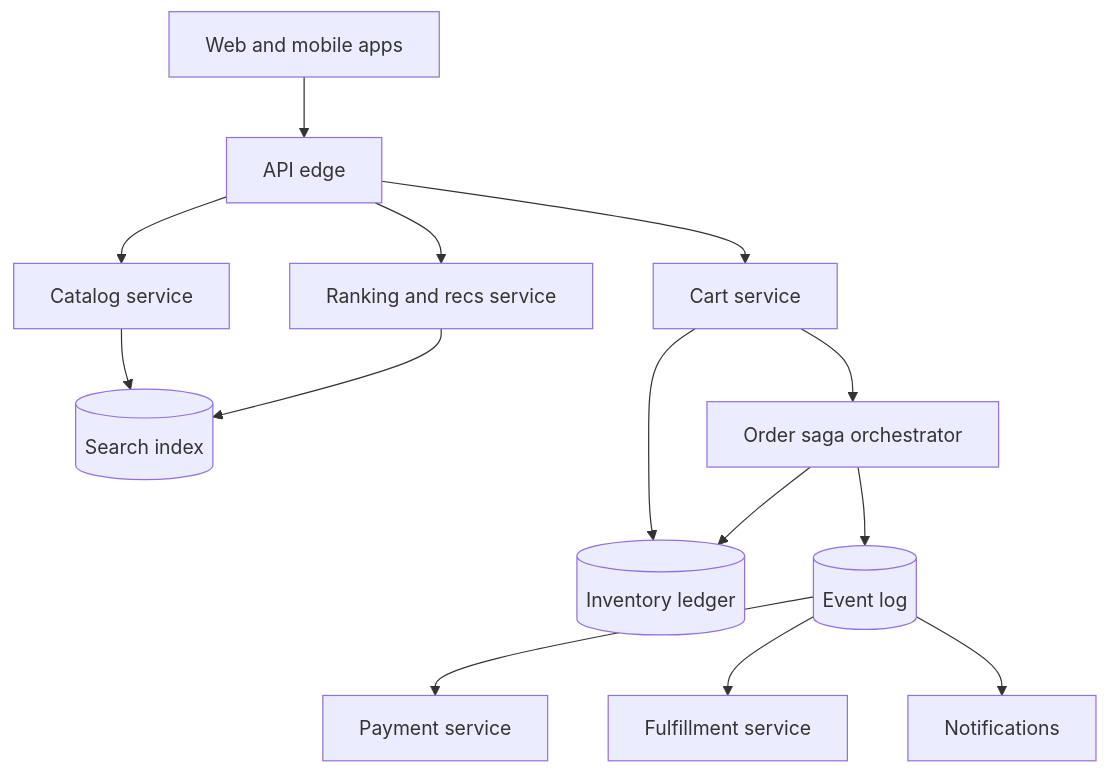
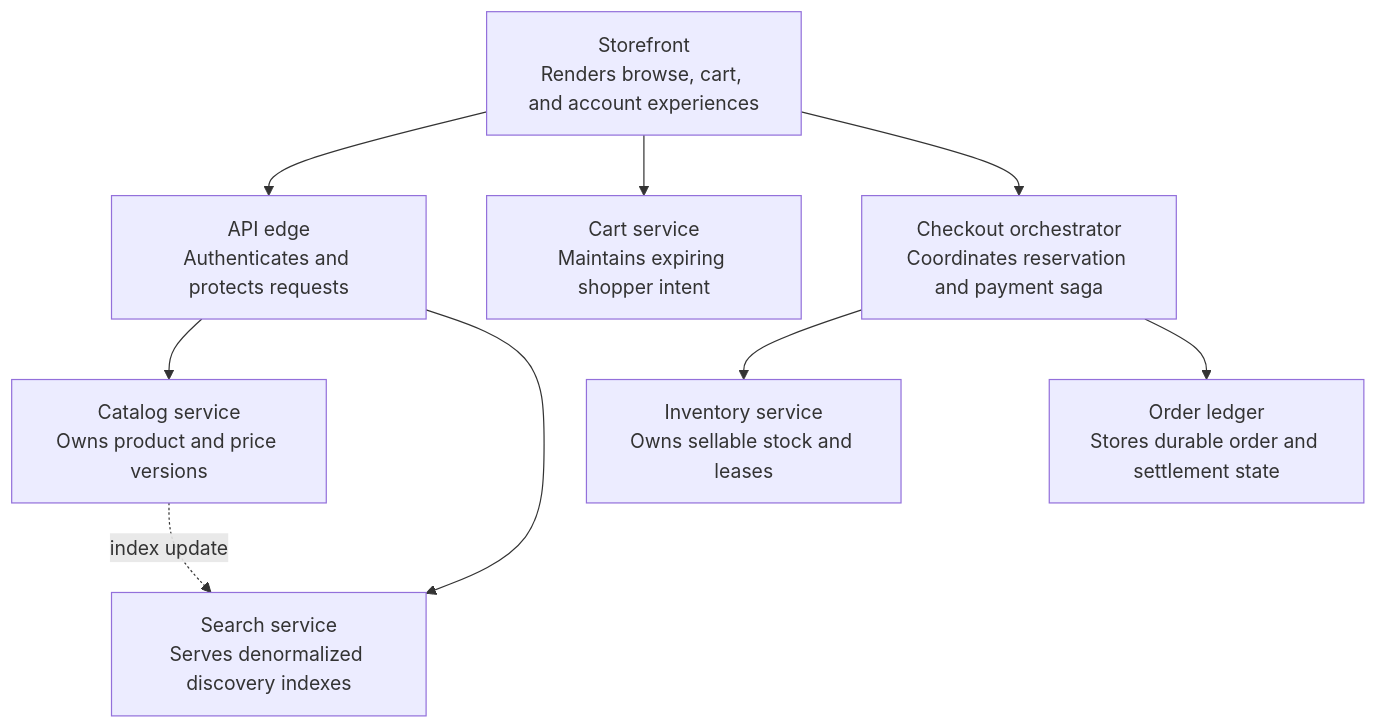
One commit to navaidya/learning changed the second of 5 diagrams in content/system-design/16-ecommerce-platform.md. Above: the diagram before and after it, drawn with Mermaid. The commit also changed other lines of this file and 49 other files, not shown here.

````diff
--- a/content/system-design/16-ecommerce-platform.md
+++ b/content/system-design/16-ecommerce-platform.md
@@ -47,16 +78,20 @@
 ```mermaid
 flowchart TB
   accTitle: E-commerce platform container architecture
-  accDescr: Catalog, search, cart, order saga, inventory, ranking, and fulfillment components are separated by consistency needs.
-  Apps[Web and mobile apps] --> Edge[API edge]
-  Edge --> Catalog[Catalog service] --> SearchIdx[(Search index)]
-  Edge --> Ranker[Ranking and recs service]
-  Ranker --> SearchIdx
-  Edge --> Cart[Cart service] --> Inv[(Inventory ledger)]
-  Cart --> Order[Order saga orchestrator]
-  Order --> Inv
-  Order --> Bus[(Event log)]
-  Bus --> Payment[Payment service]
-  Bus --> Fulfillment[Fulfillment service]
-  Bus --> Notify[Notifications]
+  accDescr: Deployable components separate the critical request, durable state, asynchronous work, and bounded AI path.
+  C1["Storefront<br/>Renders browse, cart, and account experiences"]
+  C2["API edge<br/>Authenticates and protects requests"]
+  C3["Catalog service<br/>Owns product and price versions"]
+  C4["Search service<br/>Serves denormalized discovery indexes"]
+  C5["Cart service<br/>Maintains expiring shopper intent"]
+  C6["Checkout orchestrator<br/>Coordinates reservation and payment saga"]
+  C7["Inventory service<br/>Owns sellable stock and leases"]
+  C8["Order ledger<br/>Stores durable order and settlement state"]
+  C1 --> C2
+  C2 --> C3
+  C2 --> C4
+  C1 --> C5
+  C1 --> C6 --> C7
+  C6 --> C8
+  C3 -. index update .-> C4
 ```
````
